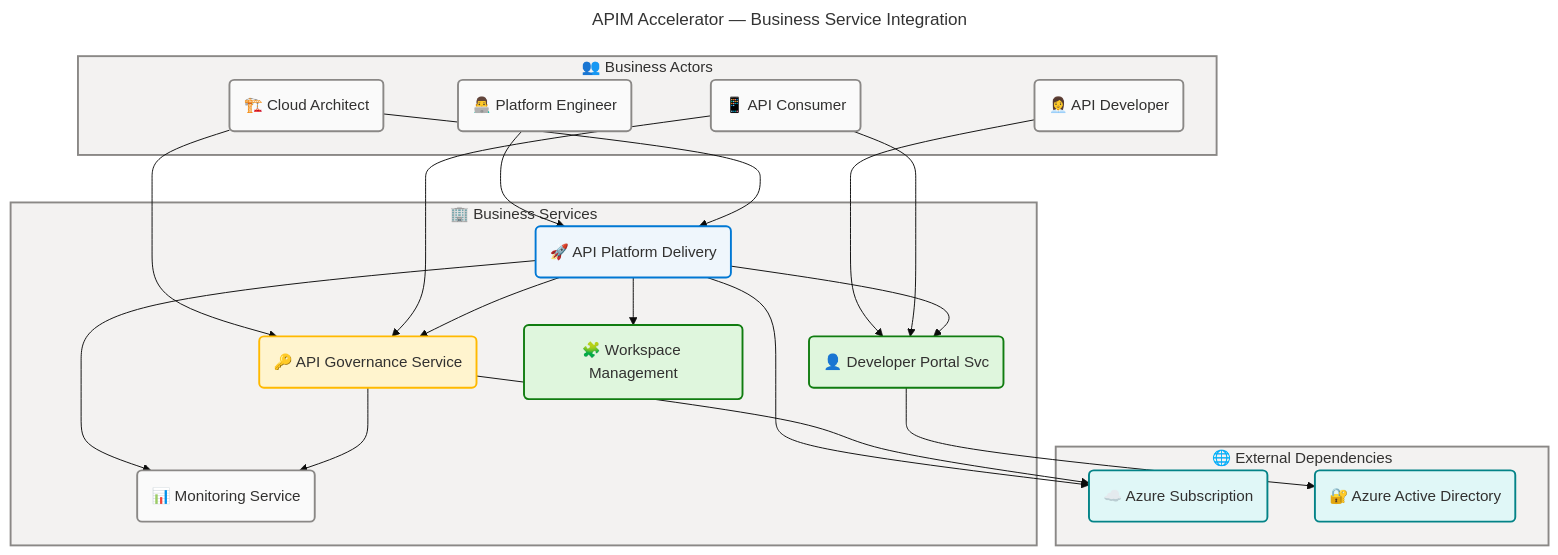
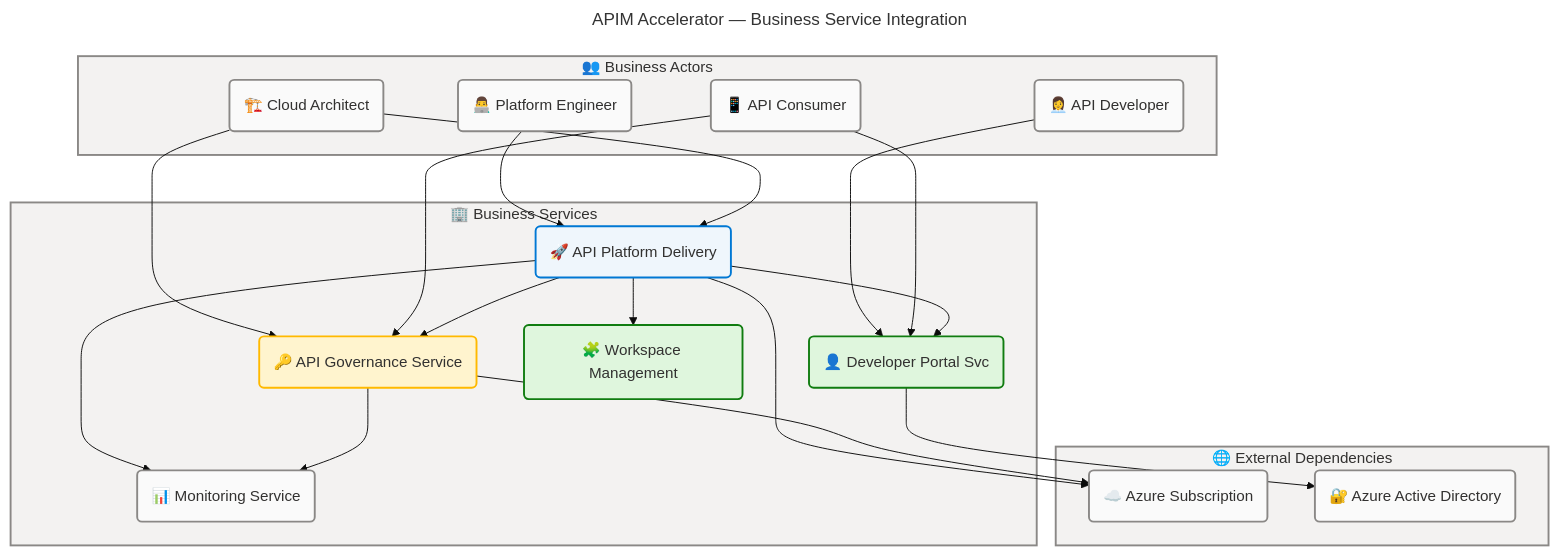
The fourth of 6 diagrams in docs/architecture/business-architecture.md (Evilazaro/APIM-Accelerator), drawn with Mermaid before and after one commit. The commit also changed other lines of this file, not shown here.

Commit message:
style: enhance Mermaid diagram configurations and add verification details for improved clarity

````diff
--- a/docs/architecture/business-architecture.md
+++ b/docs/architecture/business-architecture.md
@@ -646,72 +652,72 @@
 ```mermaid
 ---
 title: "APIM Accelerator — Business Service Integration"
 config:
   theme: base
   look: classic
   layout: dagre
   themeVariables:
     fontSize: '16px'
   flowchart:
     htmlLabels: true
 ---
 flowchart TB
     accTitle: Business Service Integration Map
     accDescr: Business actor roles consuming business services which depend on Technology and external components — showing unidirectional dependency chains across actors, business services, and external dependencies
 
     %% ═══════════════════════════════════════════════════════════════════════════
     %% AZURE / FLUENT ARCHITECTURE PATTERN v1.1
     %% (Semantic + Structural + Font + Accessibility Governance)
     %% ═══════════════════════════════════════════════════════════════════════════
     %% PHASE 1 - FLUENT UI: All styling uses approved Fluent UI palette only
     %% PHASE 2 - GROUPS: Every subgraph has semantic color via style directive
     %% PHASE 3 - COMPONENTS: Every node has semantic classDef + icon prefix
     %% PHASE 4 - ACCESSIBILITY: accTitle/accDescr present, WCAG AA contrast
     %% PHASE 5 - STANDARD: Governance block present, classDefs centralized
     %% ═══════════════════════════════════════════════════════════════════════════
 
     subgraph actors["👥 Business Actors"]
         actor1("👨‍💻 Platform Engineer"):::neutral
         actor2("🏗️ Cloud Architect"):::neutral
         actor3("👩‍💼 API Developer"):::neutral
         actor4("📱 API Consumer"):::neutral
     end
 
     subgraph bizServices["🏢 Business Services"]
         bs1("🚀 API Platform Delivery"):::core
         bs2("📊 Monitoring Service"):::neutral
         bs3("🔑 API Governance Service"):::warning
         bs4("👤 Developer Portal Svc"):::success
         bs5("🧩 Workspace Management"):::success
     end
 
     subgraph external["🌐 External Dependencies"]
         ext1("☁️ Azure Subscription"):::external
         ext2("🔐 Azure Active Directory"):::external
     end
 
     actor1 --> bs1
     actor2 --> bs1
     actor2 --> bs3
     actor3 --> bs4
     actor4 --> bs4
     actor4 --> bs3
     bs1 --> bs2
     bs1 --> bs3
     bs1 --> bs4
     bs1 --> bs5
     bs3 --> bs2
     bs1 --> ext1
     bs4 --> ext2
     bs3 --> ext1
 
     style actors fill:#F3F2F1,stroke:#8A8886,stroke-width:2px,color:#323130
     style bizServices fill:#F3F2F1,stroke:#8A8886,stroke-width:2px,color:#323130
     style external fill:#F3F2F1,stroke:#8A8886,stroke-width:2px,color:#323130
 
     classDef neutral fill:#FAFAFA,stroke:#8A8886,stroke-width:2px,color:#323130
     classDef core fill:#EFF6FC,stroke:#0078D4,stroke-width:2px,color:#323130
     classDef success fill:#DFF6DD,stroke:#107C10,stroke-width:2px,color:#323130
     classDef warning fill:#FFF4CE,stroke:#FFB900,stroke-width:2px,color:#323130
-    classDef external fill:#E0F7F7,stroke:#038387,stroke-width:2px,color:#323130
+    classDef external fill:#FAFAFA,stroke:#8A8886,stroke-width:2px,color:#323130
 ```
````
